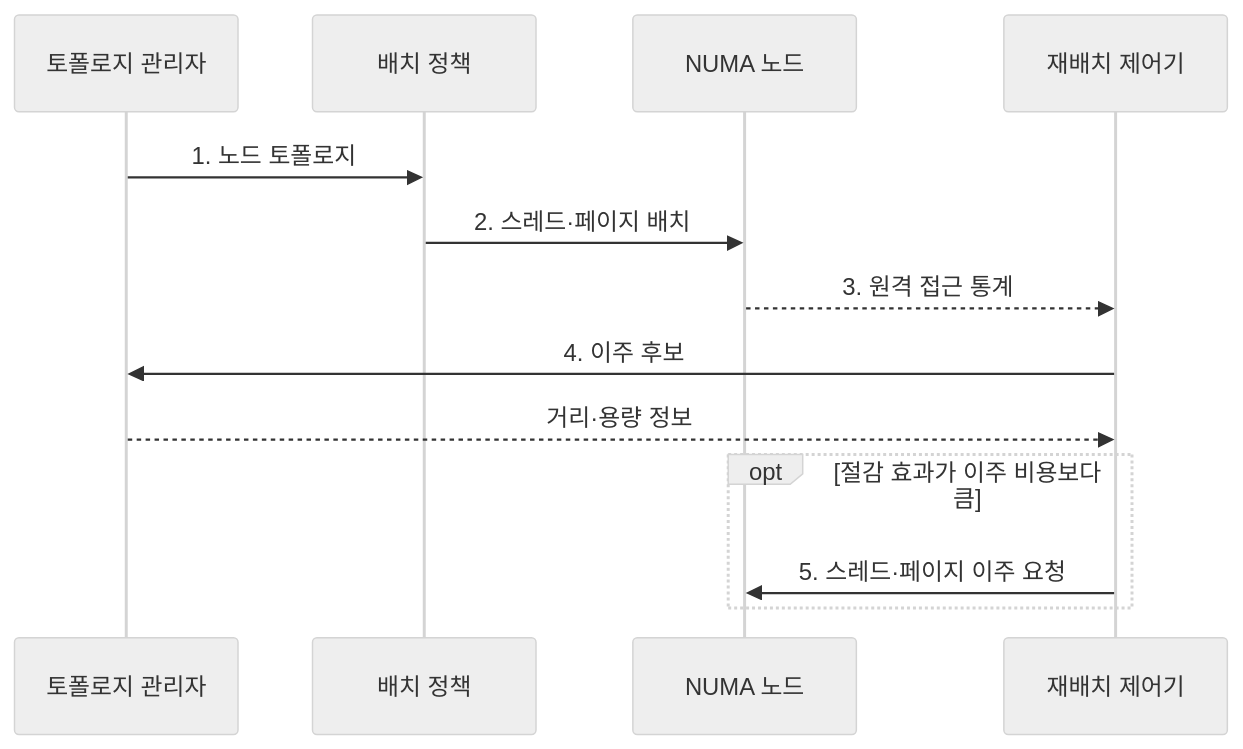
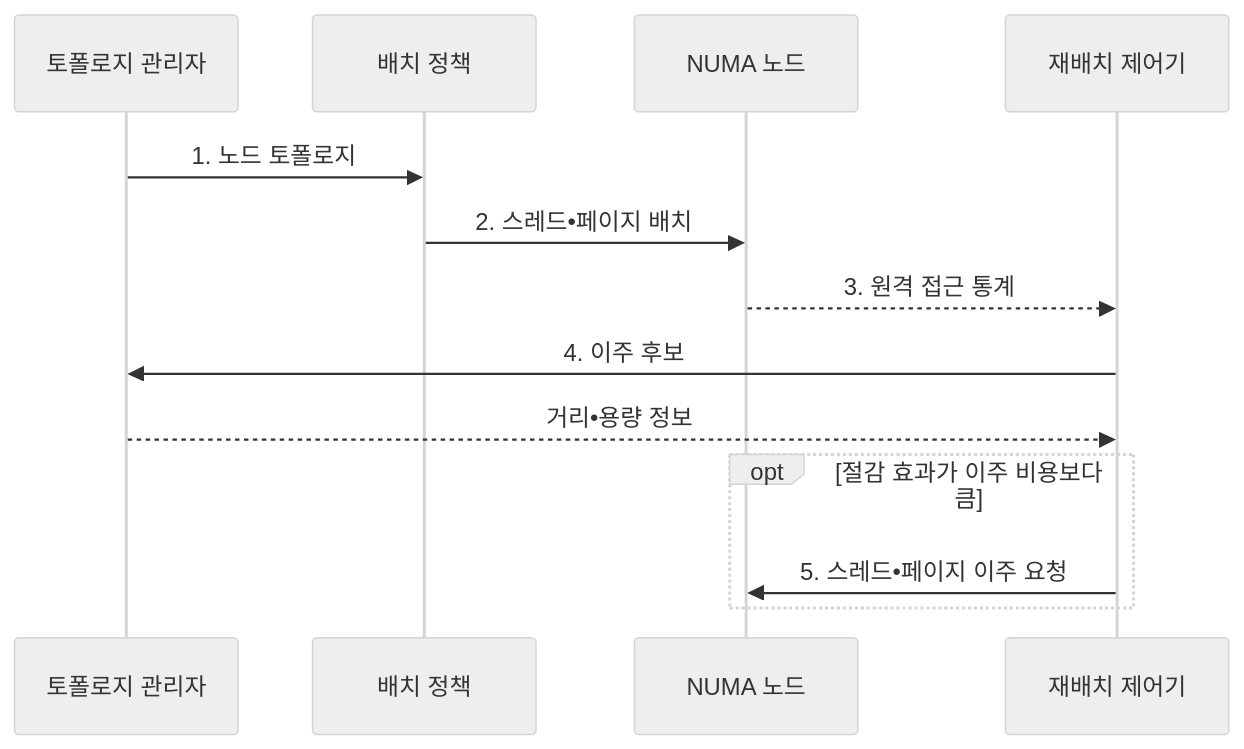
One commit to agnusdei1207/knowledge-base changed the second of 2 diagrams in src/content/docs/notes/03-software/029_numa_aware_scheduling.md. Above: the diagram before and after it, drawn with Mermaid (neutral theme). The commit also changed other lines of this file and 953 other files, not shown here.

````diff
--- a/src/content/docs/notes/03-software/029_numa_aware_scheduling.md
+++ b/src/content/docs/notes/03-software/029_numa_aware_scheduling.md
@@ -106,15 +106,15 @@
 ```mermaid
 sequenceDiagram
     participant T as 토폴로지 관리자
     participant P as 배치 정책
     participant N as NUMA 노드
     participant R as 재배치 제어기
     T->>P: 1. 노드 토폴로지
-    P->>N: 2. 스레드·페이지 배치
+    P->>N: 2. 스레드•페이지 배치
     N-->>R: 3. 원격 접근 통계
     R->>T: 4. 이주 후보
-    T-->>R: 거리·용량 정보
+    T-->>R: 거리•용량 정보
     opt 절감 효과가 이주 비용보다 큼
-        R->>N: 5. 스레드·페이지 이주 요청
+        R->>N: 5. 스레드•페이지 이주 요청
     end
 ```
````
